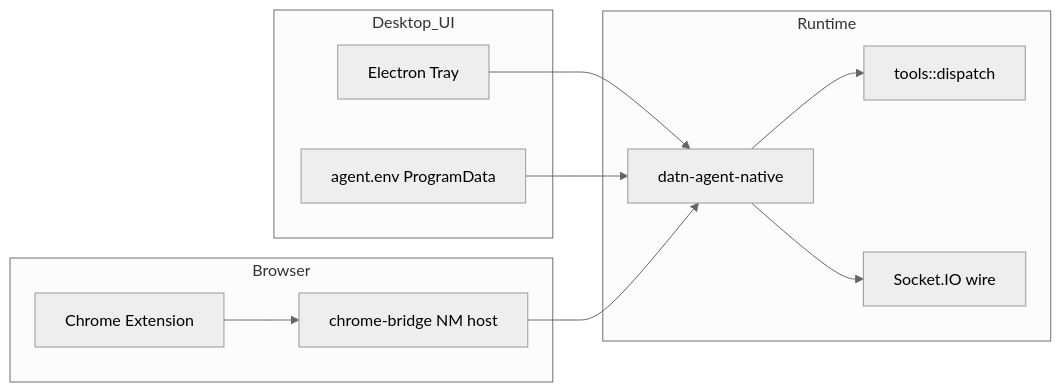
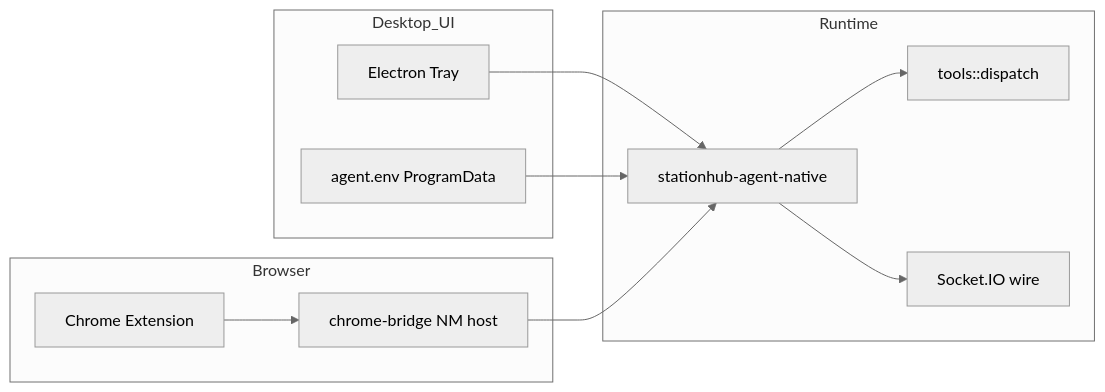
Before and after one commit to Daviseraaa/tdoan_remote_datn: the seventh of 9 diagrams in docs/project-memory/architecture.md, drawn with Mermaid (neutral theme). The commit also changed other lines of this file and 376 other files, not shown here.

````diff
--- a/docs/project-memory/architecture.md
+++ b/docs/project-memory/architecture.md
@@ -223,24 +223,24 @@
 ```mermaid
 flowchart LR
   subgraph Desktop_UI
     TRAY[Electron Tray]
     CFG[agent.env ProgramData]
   end
 
   subgraph Runtime
-    RUNNER[datn-agent-native]
+    RUNNER[stationhub-agent-native]
     TOOLS[tools::dispatch]
     WIRE[Socket.IO wire]
   end
 
   subgraph Browser
     EXT[Chrome Extension]
     NM[chrome-bridge NM host]
   end
 
   TRAY --> RUNNER
   CFG --> RUNNER
   RUNNER --> WIRE
   RUNNER --> TOOLS
   EXT --> NM --> RUNNER
 ```
````
